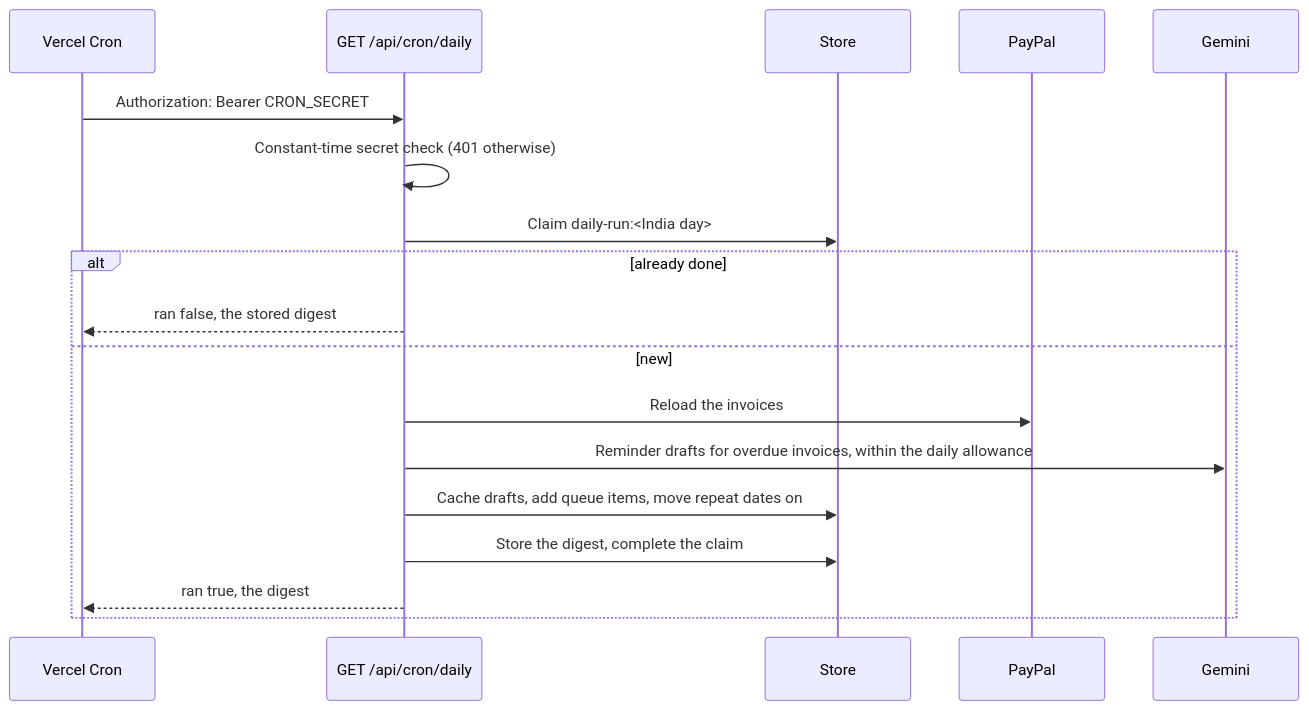
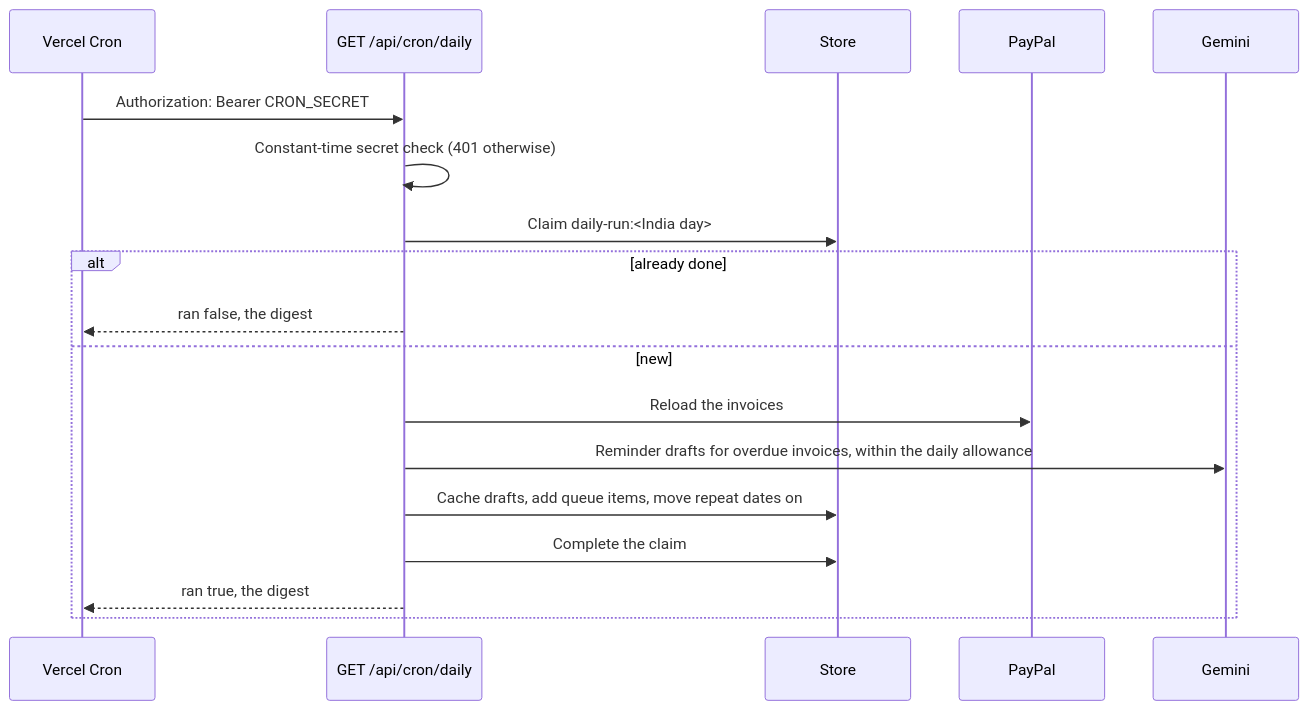
One commit to rishibhaskar777/dueline changed the fourth of 5 diagrams in docs/architecture.md. Above: the diagram before and after it, drawn with Mermaid. The commit also changed other lines of this file and 3 other files, not shown here.

````diff
--- a/docs/architecture.md
+++ b/docs/architecture.md
@@ -572,20 +572,20 @@
 ```mermaid
 sequenceDiagram
   participant V as Vercel Cron
   participant R as GET /api/cron/daily
   participant S as Store
   participant P as PayPal
   participant G as Gemini
   V->>R: Authorization: Bearer CRON_SECRET
   R->>R: Constant-time secret check (401 otherwise)
   R->>S: Claim daily-run:<India day>
   alt already done
-    R-->>V: ran false, the stored digest
+    R-->>V: ran false, the digest
   else new
     R->>P: Reload the invoices
     R->>G: Reminder drafts for overdue invoices, within the daily allowance
     R->>S: Cache drafts, add queue items, move repeat dates on
-    R->>S: Store the digest, complete the claim
+    R->>S: Complete the claim
     R-->>V: ran true, the digest
   end
 ```
````
